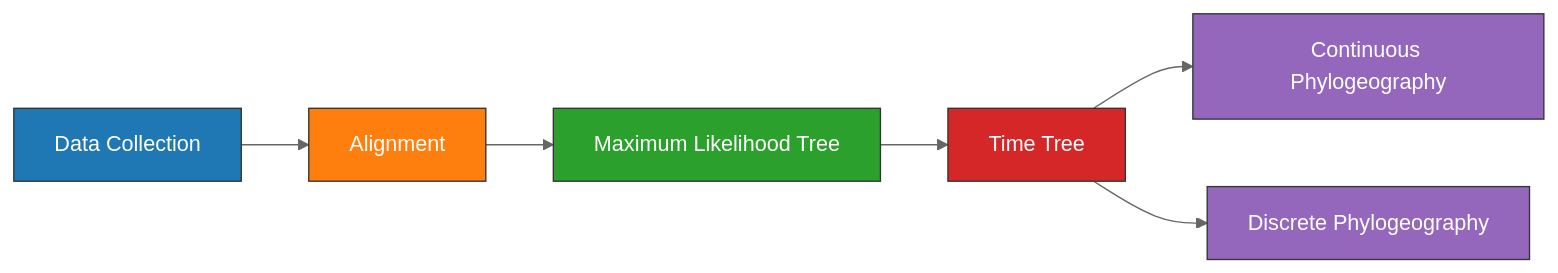
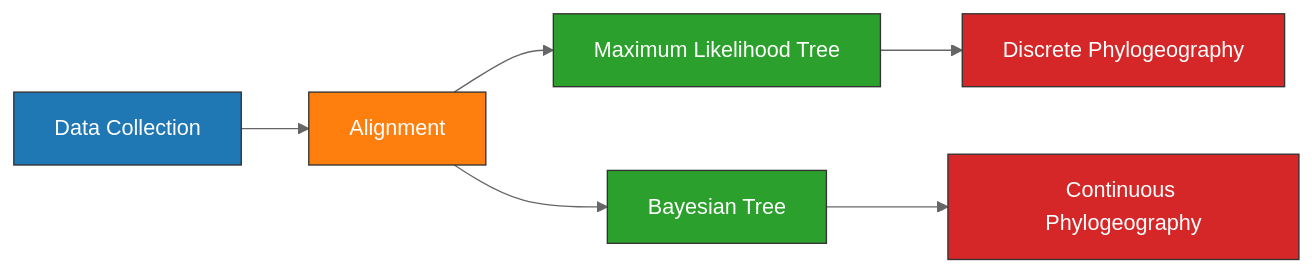
The diagram in academic/Plague Denmark Phylogeography Experiment.md (ktmeaton/obsidian-public), drawn with Mermaid (neutral theme) before and after one commit. The commit also changed other lines of this file and 1 other file, not shown here.

Commit message:
before meeting notes

````diff
--- a/academic/Plague Denmark Phylogeography Experiment.md
+++ b/academic/Plague Denmark Phylogeography Experiment.md
@@ -22,22 +22,22 @@
 ```mermaid
 graph LR;
 1-->2;
 2-->3;
-3-->6;
+2-->6;
+3-->5;
 6-->4;
-6-->5;
 
 1[Data Collection];
 2[Alignment];
 3[Maximum Likelihood Tree];
+6[Bayesian Tree];
 4[Continuous Phylogeography];
 5[Discrete Phylogeography]
-6[Time Tree]
 
 style 1 fill:#1f77b4,stroke:#333,stroke-width:1px,color:white,fill-opacity:1.0;
 style 2 fill:#ff7f0e,stroke:#333,stroke-width:1px,fill-opacity:1.0,color:white
 style 3 fill:#2ca02c,stroke:#333,stroke-width:1px,fill-opacity:1.0,color:white
-style 4 fill:#9467bd,stroke:#333,stroke-width:1px,fill-opacity:1.0,color:white
-style 5 fill:#9467bd,stroke:#333,stroke-width:1px,fill-opacity:1.0,color:white
-style 6 fill:#d62728,stroke:#333,stroke-width:1px,fill-opacity:1.0,color:white
+style 4 fill:#d62728,stroke:#333,stroke-width:1px,fill-opacity:1.0,color:white
+style 5 fill:#d62728,stroke:#333,stroke-width:1px,fill-opacity:1.0,color:white
+style 6 fill:#2ca02c,stroke:#333,stroke-width:1px,fill-opacity:1.0,color:white
 ```
````
